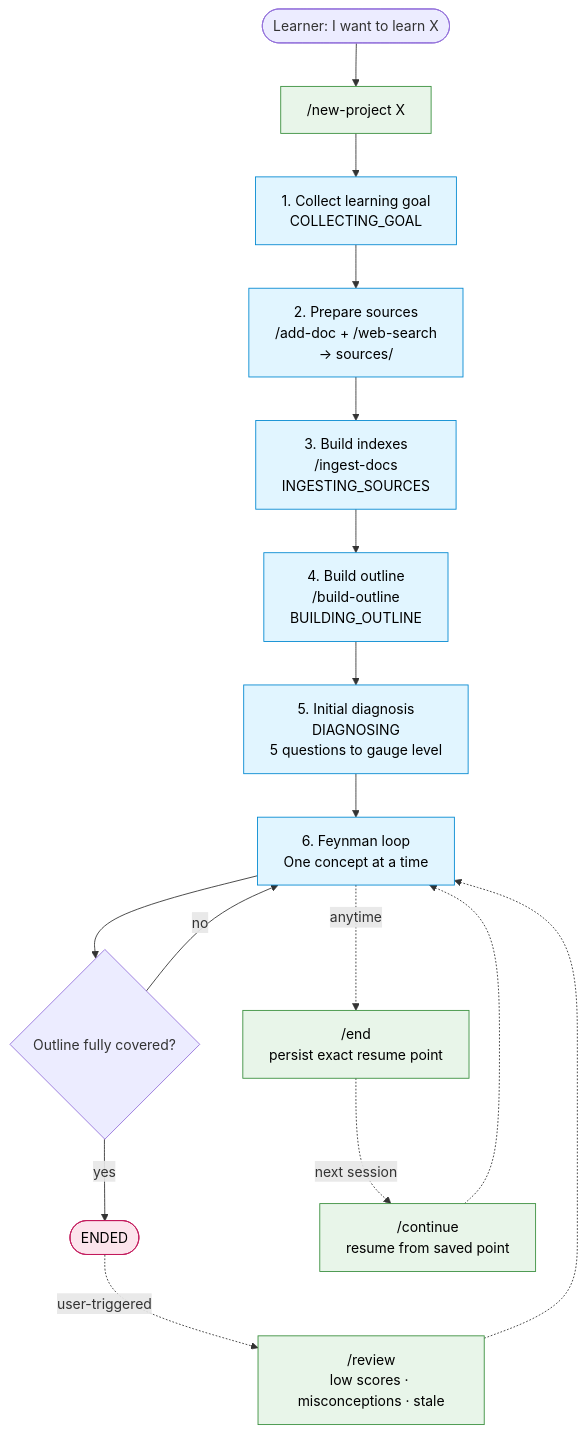
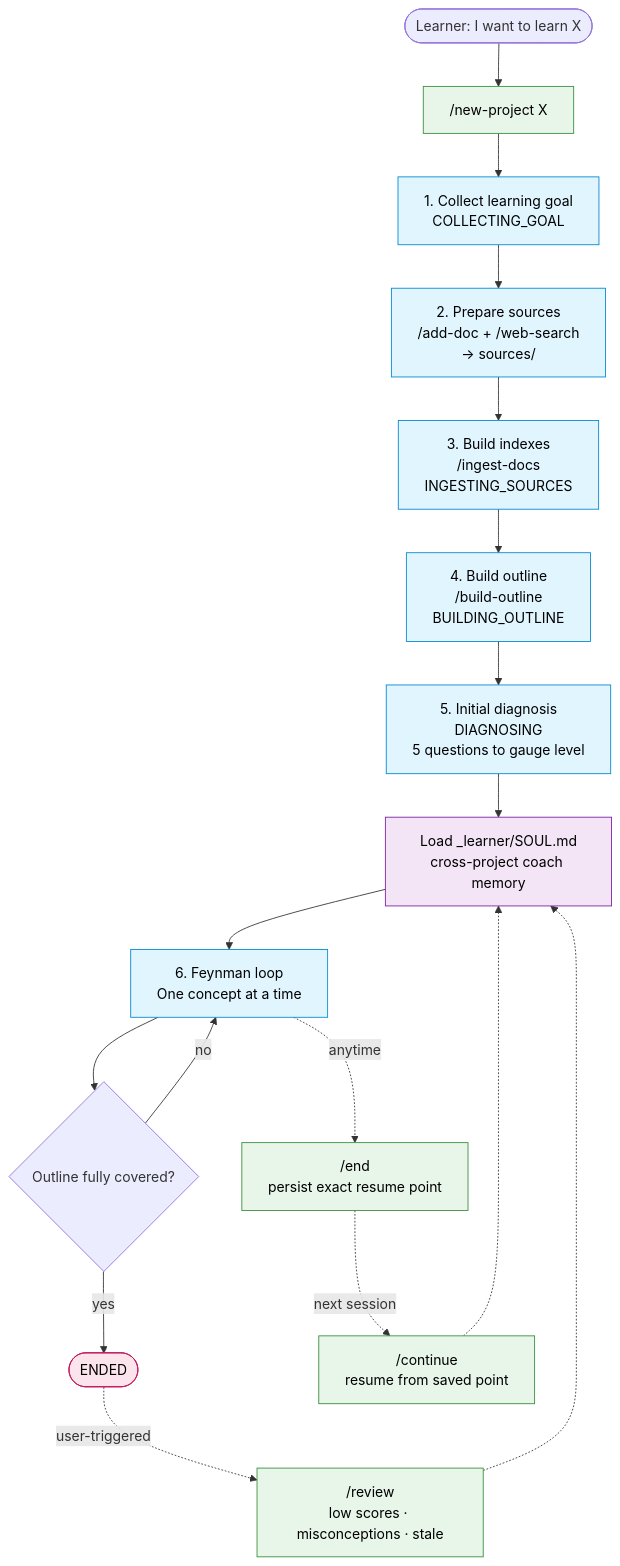
One commit to elowen53/feynman-learning changed the first of 2 diagrams in README.md. Above: the diagram before and after it, drawn with Mermaid. The commit also changed other lines of this file and 1 other file, not shown here.

Commit message:
Show SOUL.md load step in lifecycle diagram
Insert a purple Mem node between diagnosis and the Feynman loop, route
/continue and /review back through it, and update the diagram caption
so the user can see that cross-project coach memory is loaded before
every Feynman loop entry.

````diff
--- a/README.md
+++ b/README.md
@@ -33,28 +33,31 @@
 ```mermaid
 flowchart TD
     Start(["Learner: I want to learn X"]) --> NP["/new-project X"]
     NP --> G1["1. Collect learning goal<br/>COLLECTING_GOAL"]
     G1 --> G2["2. Prepare sources<br/>/add-doc + /web-search<br/>→ sources/"]
     G2 --> G3["3. Build indexes<br/>/ingest-docs<br/>INGESTING_SOURCES"]
     G3 --> G4["4. Build outline<br/>/build-outline<br/>BUILDING_OUTLINE"]
     G4 --> G5["5. Initial diagnosis<br/>DIAGNOSING<br/>5 questions to gauge level"]
-    G5 --> G6["6. Feynman loop<br/>One concept at a time"]
+    G5 --> Mem["Load _learner/SOUL.md<br/>cross-project coach memory"]
+    Mem --> G6["6. Feynman loop<br/>One concept at a time"]
     G6 --> G7{"Outline fully covered?"}
     G7 -->|no| G6
     G7 -->|yes| G8(["ENDED"])
 
     G6 -.->|anytime| Save["/end<br/>persist exact resume point"]
     Save -.->|next session| Resume["/continue<br/>resume from saved point"]
-    Resume -.-> G6
+    Resume -.-> Mem
 
     G8 -.->|user-triggered| Rev["/review<br/>low scores · misconceptions · stale"]
-    Rev -.-> G6
+    Rev -.-> Mem
 
     classDef phase fill:#e1f5ff,stroke:#0288d1,color:#000
     classDef cmd fill:#e8f5e9,stroke:#388e3c,color:#000
     classDef done fill:#fce4ec,stroke:#c2185b,color:#000
+    classDef mem fill:#f3e5f5,stroke:#7b1fa2,color:#000
 
     class G1,G2,G3,G4,G5,G6 phase
     class NP,Save,Resume,Rev cmd
     class G8 done
+    class Mem mem
 ```
````
